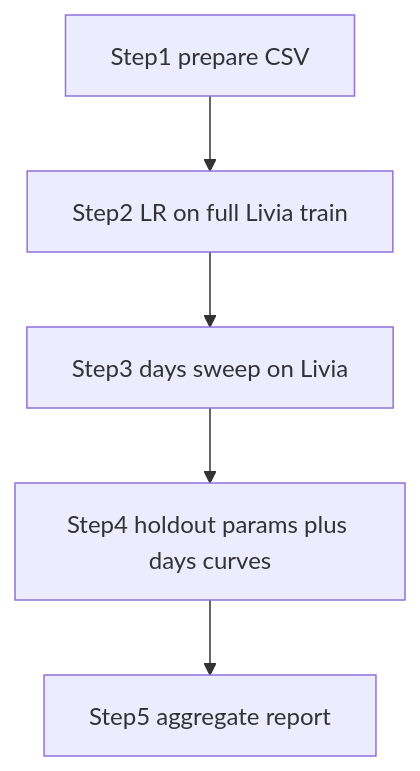
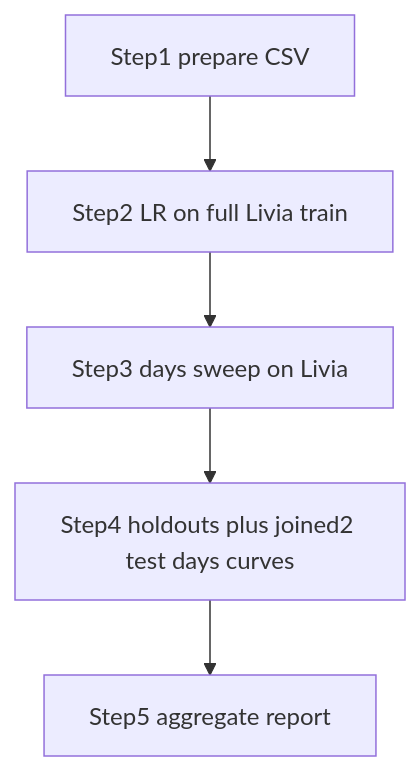
One commit to GlucoseDAO/glucose-forecasting changed the diagram in src/personalization/plan.md. Above: the diagram before and after it, drawn with Mermaid. The commit also changed other lines of this file and 16 other files, not shown here.

````diff
--- a/src/personalization/plan.md
+++ b/src/personalization/plan.md
@@ -39,7 +39,7 @@
 ```mermaid
 flowchart TD
   S1[Step1 prepare CSV] --> S2[Step2 LR on full Livia train]
   S2 --> S3[Step3 days sweep on Livia]
-  S3 --> S4[Step4 holdout params plus days curves]
+  S3 --> S4[Step4 holdouts plus joined2 test days curves]
   S4 --> S5[Step5 aggregate report]
 ```
````
